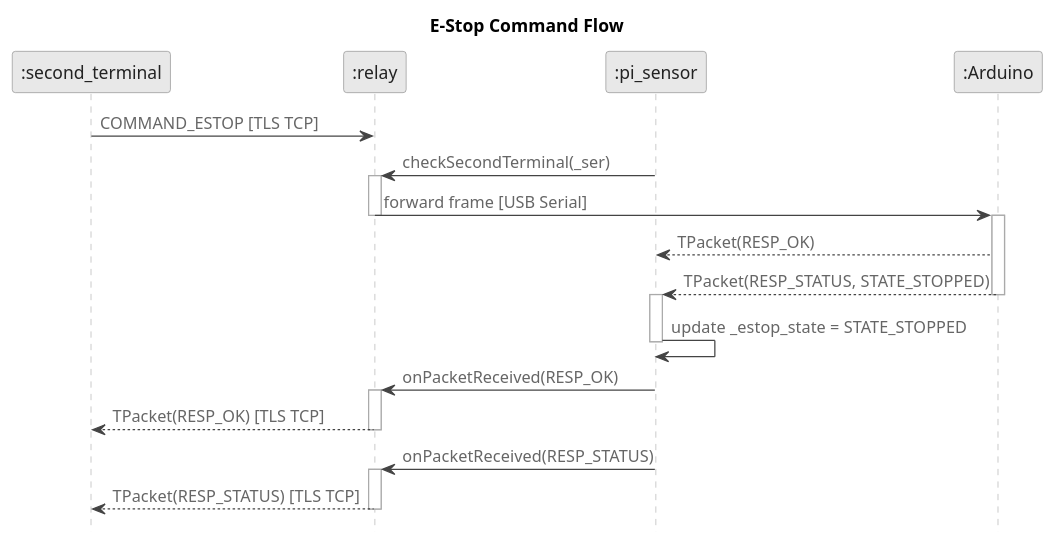
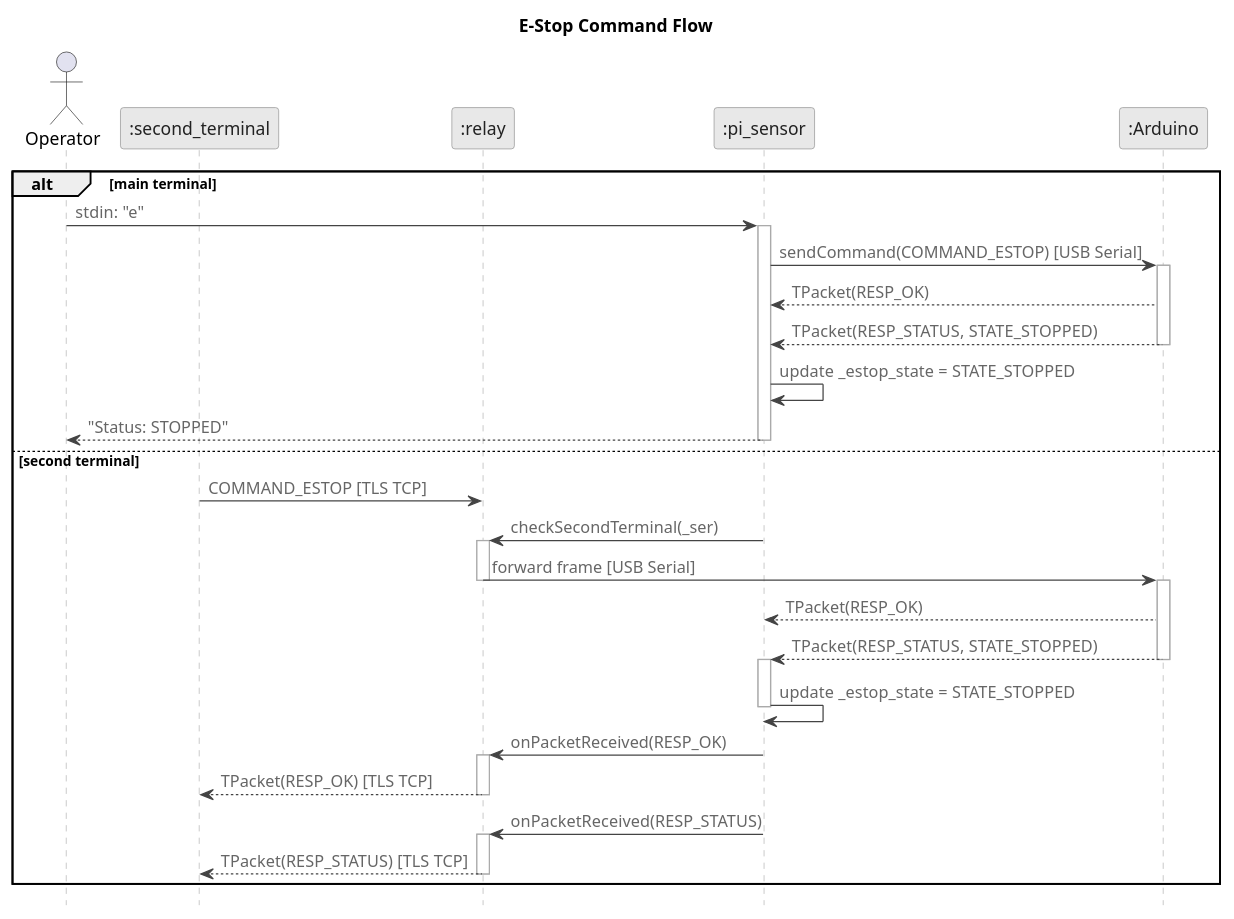
One commit to vanillashake17/epp2-updated changed the diagram in code1/diagrams/estop.puml. Above: the diagram before and after it, drawn with PlantUML. The commit also changed 1 other file, not shown here.

Commit message:
update estop diagram to show that both terminals can trigger estop

```diff
--- a/code1/diagrams/estop.puml
+++ b/code1/diagrams/estop.puml
@@ -1,51 +1,66 @@
 @startuml E_Stop_Command_Flow
 skinparam backgroundColor white
 skinparam defaultFontName "Helvetica"
 skinparam sequenceArrowColor #444444
 skinparam sequenceArrowFontColor #666666
 skinparam sequenceLifeLineBorderColor #aaaaaa
 skinparam sequenceLifeLineBackgroundColor white
 skinparam participantBackgroundColor #e8e8e8
 skinparam participantBorderColor #888888
 skinparam participantFontColor #222222
 skinparam activationBarBackgroundColor #d0d0d0
 skinparam activationBarBorderColor #888888
 skinparam noteBackgroundColor #f0f0f0
 skinparam noteBorderColor #aaaaaa
 skinparam noteFontColor #333333
 hide footbox
 
 title E-Stop Command Flow
 
+actor "Operator" as op
 participant ":second_terminal" as st
 participant ":relay" as relay
 participant ":pi_sensor" as pi
 participant ":Arduino" as ard
 
-st -> relay : COMMAND_ESTOP [TLS TCP]
+alt main terminal
+  op -> pi : stdin: "e"
+  activate pi
+  pi -> ard : sendCommand(COMMAND_ESTOP) [USB Serial]
+  activate ard
+  ard --> pi : TPacket(RESP_OK)
+  ard --> pi : TPacket(RESP_STATUS, STATE_STOPPED)
+  deactivate ard
+  pi -> pi : update _estop_state = STATE_STOPPED
+  pi --> op : "Status: STOPPED"
+  deactivate pi
 
-pi -> relay : checkSecondTerminal(_ser)
-activate relay
-relay -> ard : forward frame [USB Serial]
-deactivate relay
-activate ard
+else second terminal
+  st -> relay : COMMAND_ESTOP [TLS TCP]
 
-ard --> pi : TPacket(RESP_OK)
-ard --> pi : TPacket(RESP_STATUS, STATE_STOPPED)
-deactivate ard
+  pi -> relay : checkSecondTerminal(_ser)
+  activate relay
+  relay -> ard : forward frame [USB Serial]
+  deactivate relay
+  activate ard
 
-activate pi
-pi -> pi : update _estop_state = STATE_STOPPED
-deactivate pi
+  ard --> pi : TPacket(RESP_OK)
+  ard --> pi : TPacket(RESP_STATUS, STATE_STOPPED)
+  deactivate ard
 
-pi -> relay : onPacketReceived(RESP_OK)
-activate relay
-relay --> st : TPacket(RESP_OK) [TLS TCP]
-deactivate relay
+  activate pi
+  pi -> pi : update _estop_state = STATE_STOPPED
+  deactivate pi
 
-pi -> relay : onPacketReceived(RESP_STATUS)
-activate relay
-relay --> st : TPacket(RESP_STATUS) [TLS TCP]
-deactivate relay
+  pi -> relay : onPacketReceived(RESP_OK)
+  activate relay
+  relay --> st : TPacket(RESP_OK) [TLS TCP]
+  deactivate relay
+
+  pi -> relay : onPacketReceived(RESP_STATUS)
+  activate relay
+  relay --> st : TPacket(RESP_STATUS) [TLS TCP]
+  deactivate relay
+end
 
 @enduml
```
